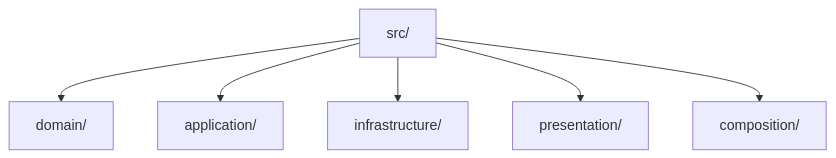
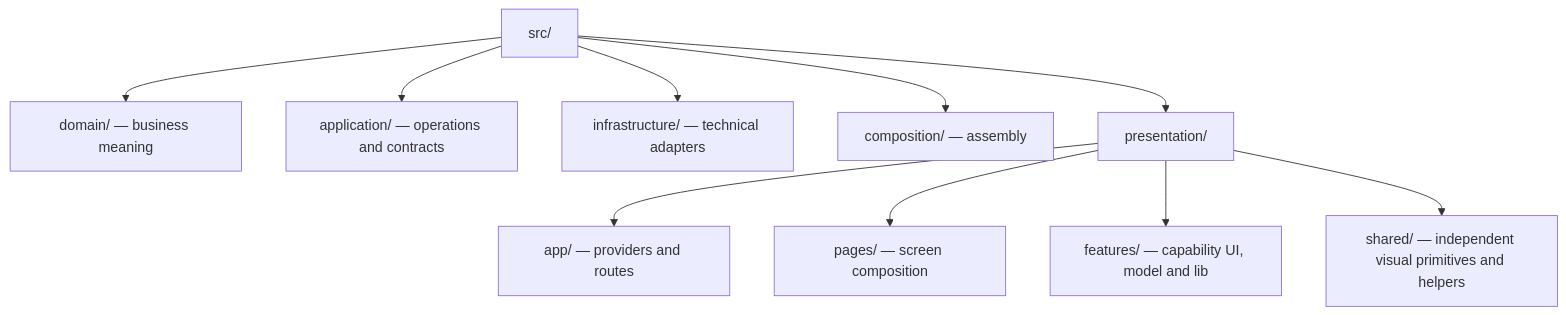
One commit to AndresTaoFlorez/software-architecture changed the first of 2 diagrams in frontend/reference-case-study.md. Above: the diagram before and after it, drawn with Mermaid. The commit also changed other lines of this file and 6 other files, not shown here.

````diff
--- a/frontend/reference-case-study.md
+++ b/frontend/reference-case-study.md
@@ -24,8 +109,12 @@
 ```mermaid
 flowchart TD
-    SRC["src/"] --> D["domain/"]
-    SRC --> A["application/"]
-    SRC --> I["infrastructure/"]
+    SRC["src/"] --> D["domain/ — business meaning"]
+    SRC --> A["application/ — operations and contracts"]
+    SRC --> I["infrastructure/ — technical adapters"]
+    SRC --> C["composition/ — assembly"]
     SRC --> P["presentation/"]
-    SRC --> C["composition/"]
+    P --> APP["app/ — providers and routes"]
+    P --> PAGES["pages/ — screen composition"]
+    P --> F["features/ — capability UI, model and lib"]
+    P --> S["shared/ — independent visual primitives and helpers"]
 ```
````
